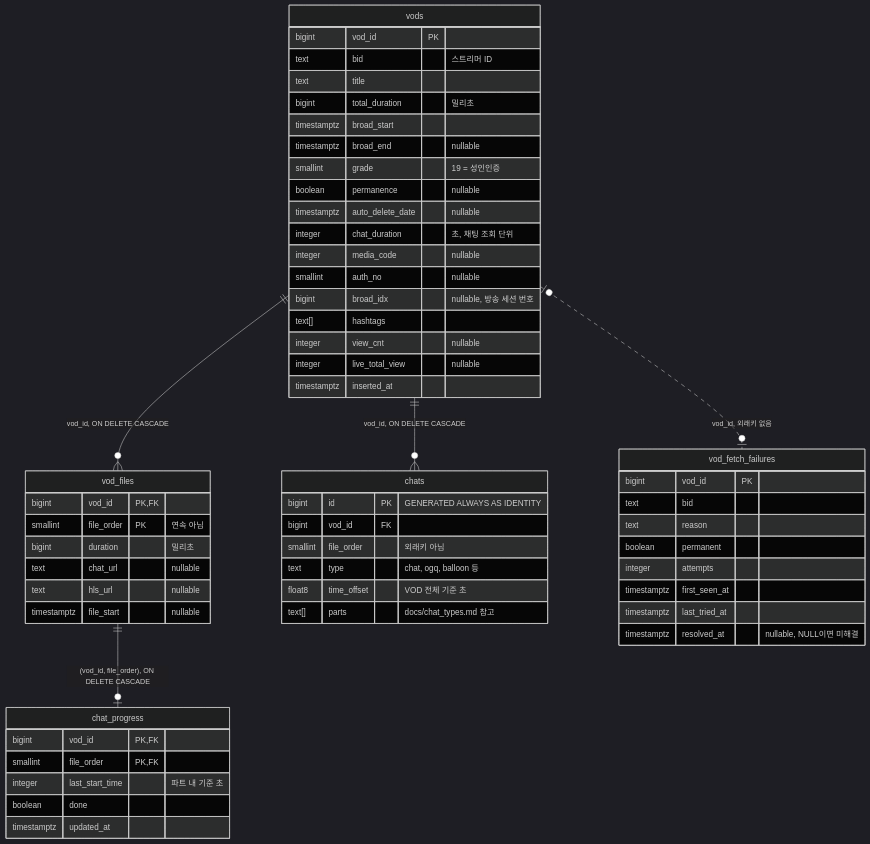
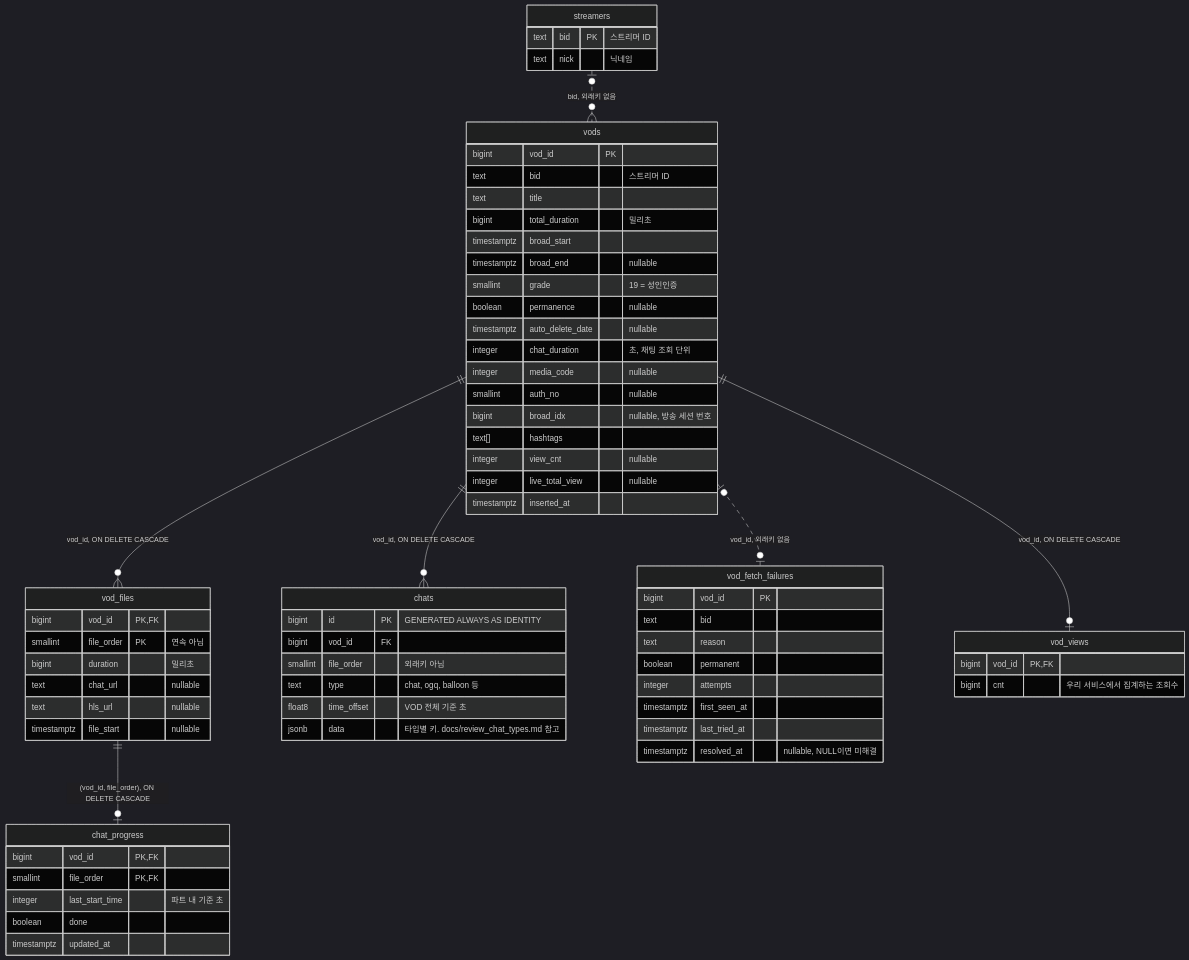
Before and after one commit to gumba6740/soop_bridge: the diagram in docs/erd.md, drawn with Mermaid (dark theme). The commit also changed other lines of this file and 4 other files, not shown here.

````diff
--- a/docs/erd.md
+++ b/docs/erd.md
@@ -5,64 +6,76 @@
 ```mermaid
 erDiagram
     vods ||--o{ vod_files : "vod_id, ON DELETE CASCADE"
     vods ||--o{ chats : "vod_id, ON DELETE CASCADE"
     vod_files ||--o| chat_progress : "(vod_id, file_order), ON DELETE CASCADE"
     vods |o..o| vod_fetch_failures : "vod_id, 외래키 없음"
+    vods ||--o| vod_views : "vod_id, ON DELETE CASCADE"
+    streamers |o..o{ vods : "bid, 외래키 없음"
+
+    streamers {
+        text bid PK "스트리머 ID"
+        text nick "닉네임"
+    }
 
     vods {
         bigint vod_id PK
         text bid "스트리머 ID"
         text title
         bigint total_duration "밀리초"
         timestamptz broad_start
         timestamptz broad_end "nullable"
         smallint grade "19 = 성인인증"
         boolean permanence "nullable"
         timestamptz auto_delete_date "nullable"
         integer chat_duration "초, 채팅 조회 단위"
         integer media_code "nullable"
         smallint auth_no "nullable"
         bigint broad_idx "nullable, 방송 세션 번호"
         text[] hashtags
         integer view_cnt "nullable"
         integer live_total_view "nullable"
         timestamptz inserted_at
     }
 
     vod_files {
         bigint vod_id PK, FK
         smallint file_order PK "연속 아님"
         bigint duration "밀리초"
         text chat_url "nullable"
         text hls_url "nullable"
         timestamptz file_start "nullable"
     }
 
     chat_progress {
         bigint vod_id PK, FK
         smallint file_order PK, FK
         integer last_start_time "파트 내 기준 초"
         boolean done
         timestamptz updated_at
     }
 
     chats {
         bigint id PK "GENERATED ALWAYS AS IDENTITY"
         bigint vod_id FK
         smallint file_order "외래키 아님"
         text type "chat, ogq, balloon 등"
         float8 time_offset "VOD 전체 기준 초"
-        text[] parts "docs/chat_types.md 참고"
+        jsonb data "타입별 키. docs/review_chat_types.md 참고"
+    }
+
+    vod_views {
+        bigint vod_id PK, FK
+        bigint cnt "우리 서비스에서 집계하는 조회수"
     }
 
     vod_fetch_failures {
         bigint vod_id PK
         text bid
         text reason
         boolean permanent
         integer attempts
         timestamptz first_seen_at
         timestamptz last_tried_at
         timestamptz resolved_at "nullable, NULL이면 미해결"
     }
 ```
````
